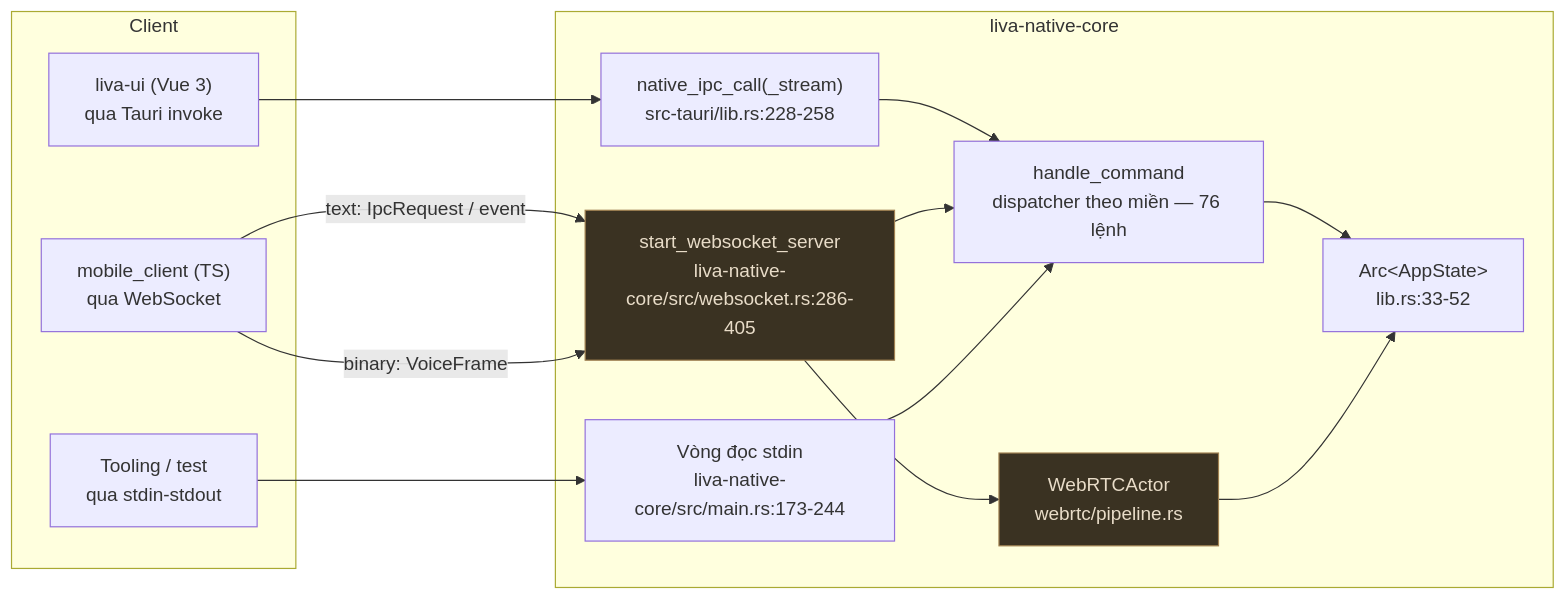
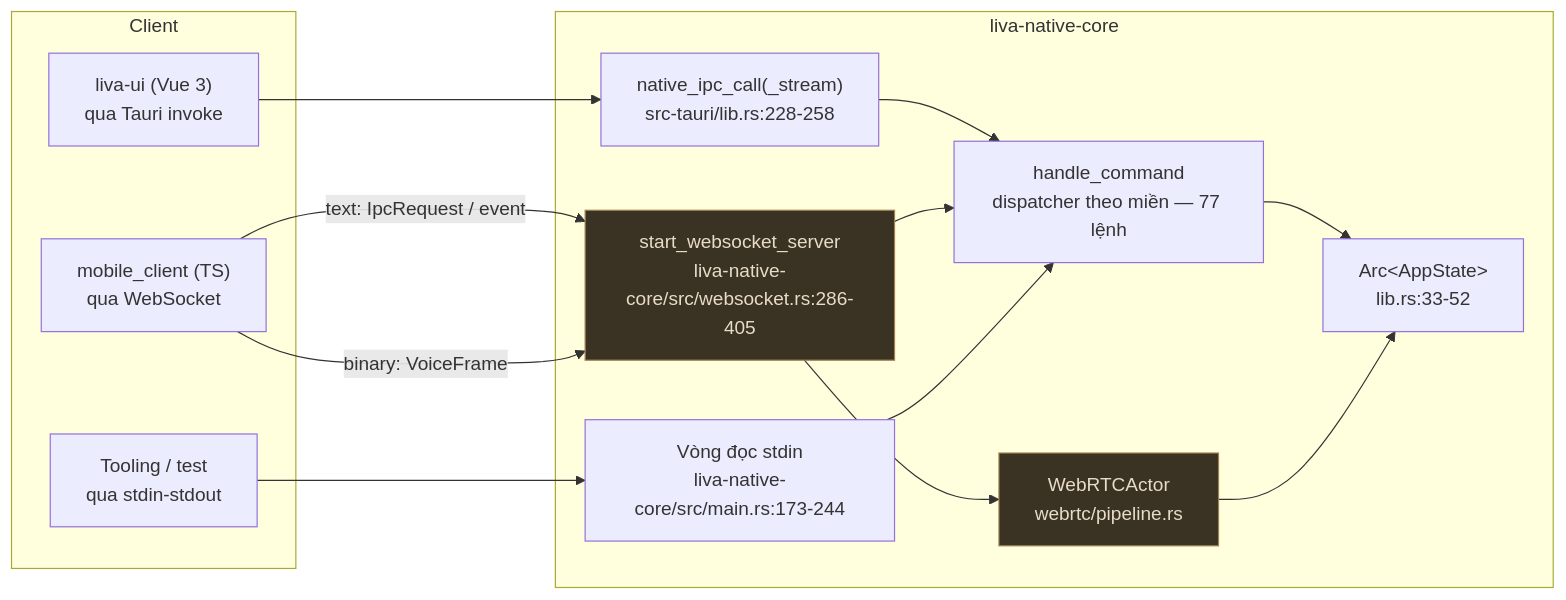
Before and after one commit to DuongNAD/LIVA: the first of 5 diagrams in docs/01-ban-ve/02-giao-thuc-ipc-va-websocket.md, drawn with Mermaid. The commit also changed other lines of this file and 36 other files, not shown here.

````diff
--- a/docs/01-ban-ve/02-giao-thuc-ipc-va-websocket.md
+++ b/docs/01-ban-ve/02-giao-thuc-ipc-va-websocket.md
@@ -108,28 +108,28 @@
 ```mermaid
 flowchart LR
     subgraph CLIENTS["Client"]
         UI["liva-ui (Vue 3)<br/>qua Tauri invoke"]
         MOB["mobile_client (TS)<br/>qua WebSocket"]
         CLI["Tooling / test<br/>qua stdin-stdout"]
     end
 
     subgraph CORE["liva-native-core"]
         WS["start_websocket_server<br/>liva-native-core/src/websocket.rs:286-405"]
         STDIO["Vòng đọc stdin<br/>liva-native-core/src/main.rs:173-244"]
         TAURI["native_ipc_call(_stream)<br/>src-tauri/lib.rs:228-258"]
-        HC["handle_command<br/>dispatcher theo miền — 76 lệnh"]
+        HC["handle_command<br/>dispatcher theo miền — 77 lệnh"]
         ACT["WebRTCActor<br/>webrtc/pipeline.rs"]
         ST["Arc&lt;AppState&gt;<br/>lib.rs:33-52"]
     end
 
     UI --> TAURI --> HC
     MOB -->|"text: IpcRequest / event"| WS --> HC
     MOB -->|"binary: VoiceFrame"| WS --> ACT
     CLI --> STDIO --> HC
 
     HC --> ST
     ACT --> ST
 
     classDef partial fill:#3a3222,stroke:#a08050,color:#e8dcc8
     class WS,ACT partial
 ```
````
